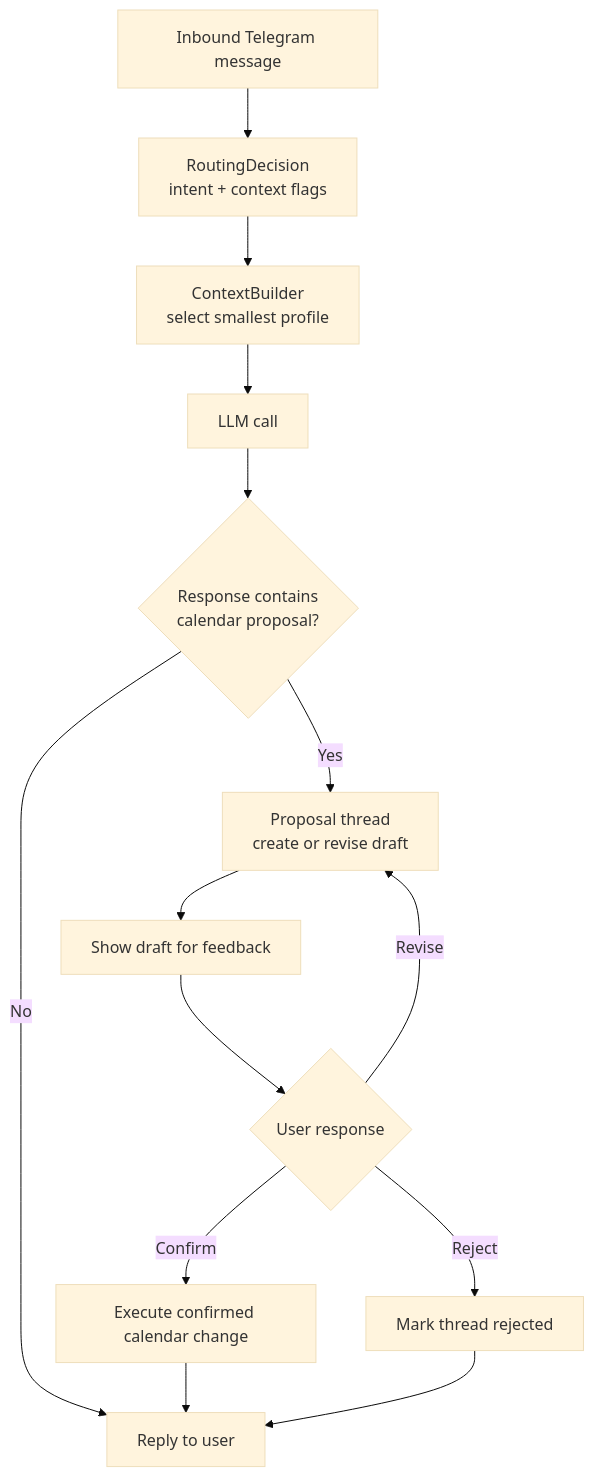
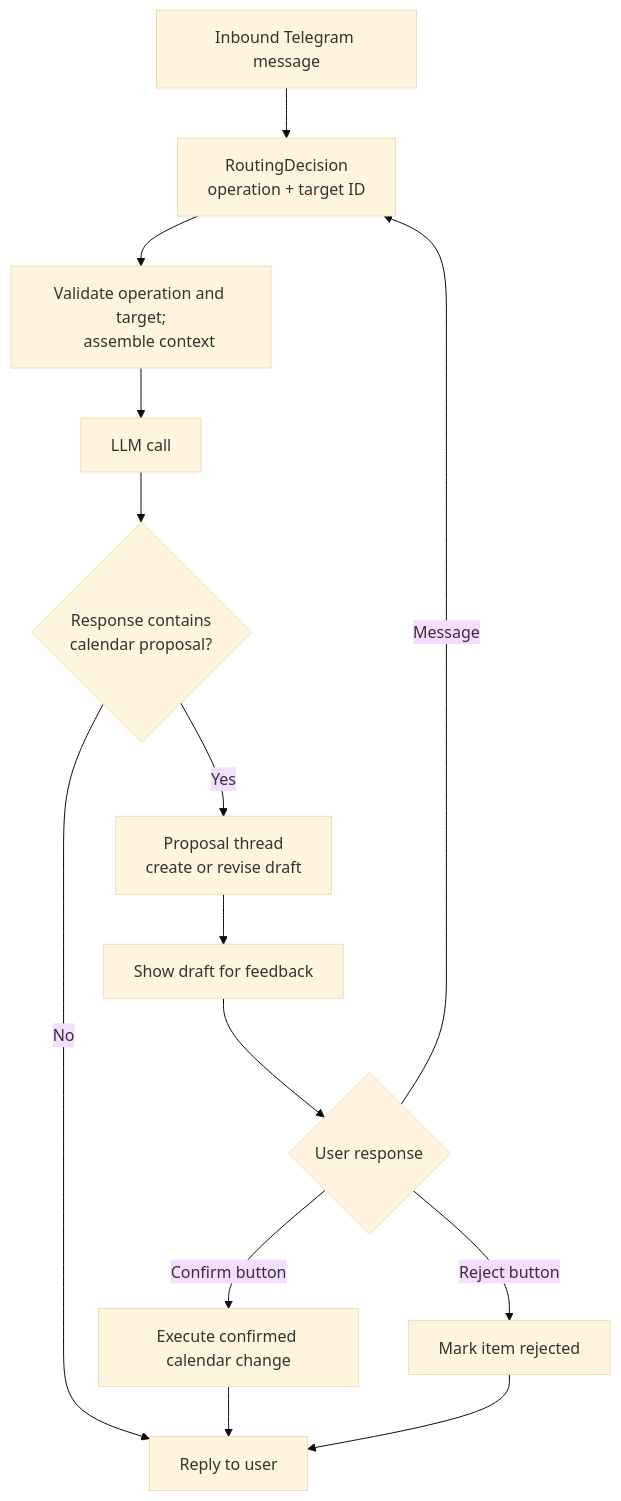
The second of 4 diagrams in ARCHITECTURE.md (isaachuahy/david), drawn with Mermaid (base theme) before and after one commit. The commit also changed other lines of this file and 31 other files, not shown here.

````diff
--- a/ARCHITECTURE.md
+++ b/ARCHITECTURE.md
@@ -41,23 +49,23 @@
 ```mermaid
 flowchart TD
     A["Inbound Telegram message"] --> B["RoutingDecision
-    intent + context flags"]
-    B --> C["ContextBuilder
-    select smallest profile"]
+    operation + target ID"]
+    B --> C["Validate operation and target;
+    assemble context"]
     C --> D["LLM call"]
     D --> E{"Response contains
     calendar proposal?"}
 
     E -- "No" --> F["Reply to user"]
     E -- "Yes" --> G["Proposal thread
     create or revise draft"]
     G --> H["Show draft for feedback"]
     H --> I{"User response"}
 
-    I -- "Revise" --> G
-    I -- "Confirm" --> J["Execute confirmed calendar change"]
-    I -- "Reject" --> K["Mark thread rejected"]
+    I -- "Message" --> B
+    I -- "Confirm button" --> J["Execute confirmed calendar change"]
+    I -- "Reject button" --> K["Mark item rejected"]
 
     J --> F
     K --> F
 ```
````
